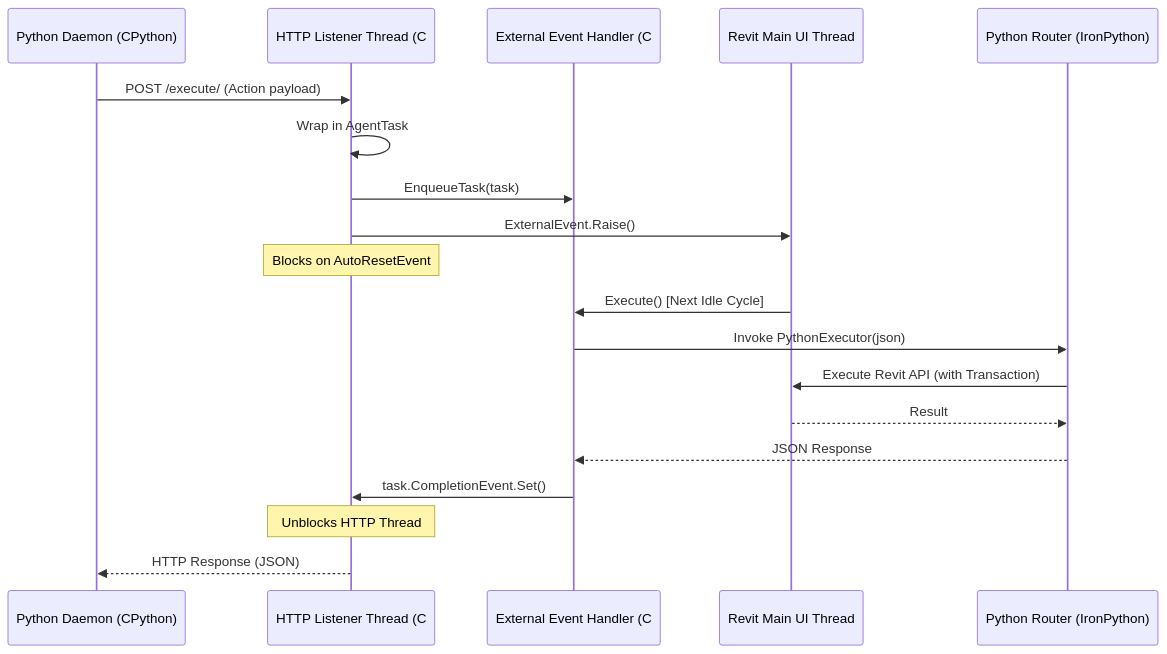
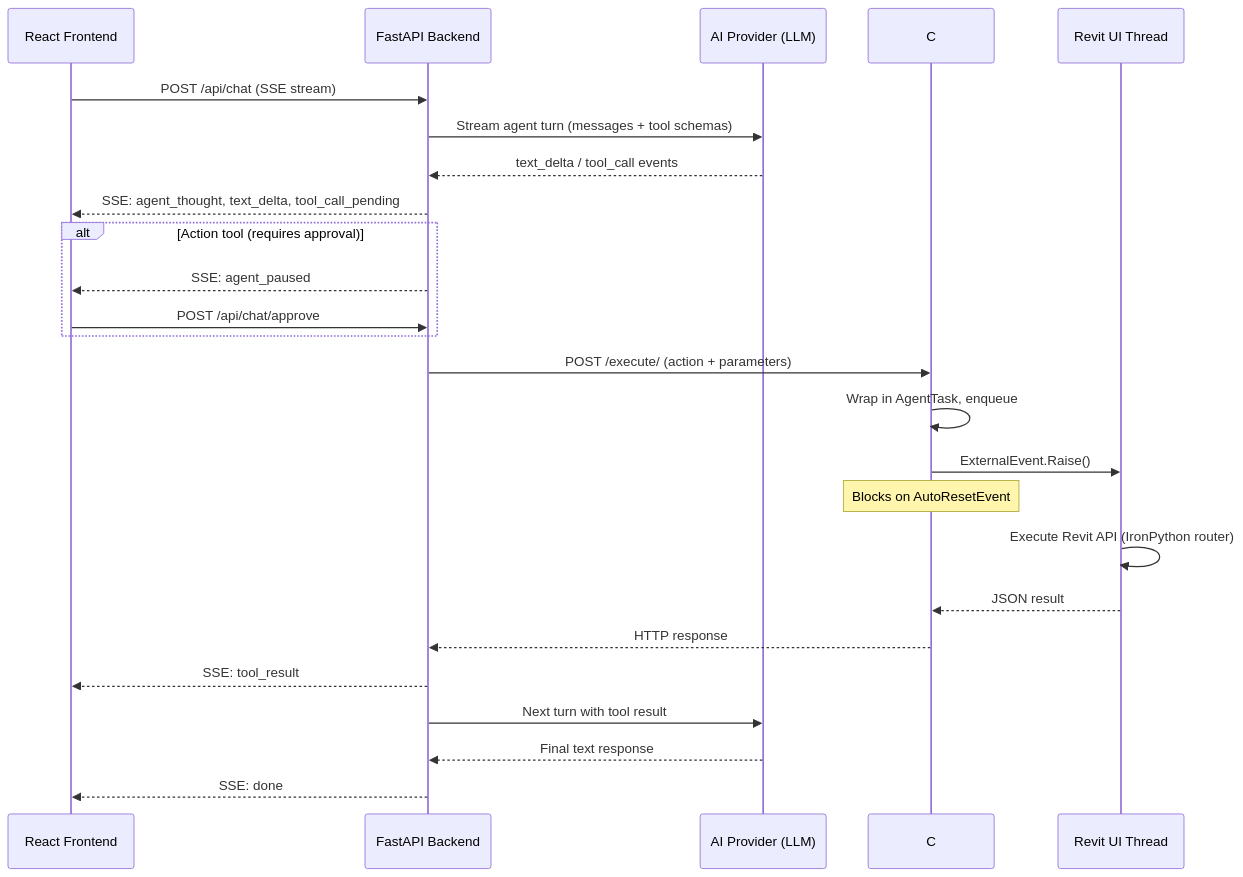
Before and after one commit to yuniskhamis7-max/AI-Revit-Agent: the diagram in README.md, drawn with Mermaid. The commit also changed other lines of this file, not shown here.

First line of the commit message:
docs: rewrite README to reflect current web architecture

````diff
--- a/README.md
+++ b/README.md
@@ -49,22 +73,30 @@
 ```mermaid
 sequenceDiagram
-    participant Daemon as Python Daemon (CPython)
-    participant HS as HTTP Listener Thread (C#)
-    participant EH as External Event Handler (C#)
-    participant UI as Revit Main UI Thread
-    participant PR as Python Router (IronPython)
+    participant FE as React Frontend
+    participant BE as FastAPI Backend
+    participant AI as AI Provider (LLM)
+    participant BR as C# Bridge (HttpListener)
+    participant RV as Revit UI Thread
 
-    Daemon->>HS: POST /execute/ (Action payload)
-    HS->>HS: Wrap in AgentTask
-    HS->>EH: EnqueueTask(task)
-    HS->>UI: ExternalEvent.Raise()
-    Note over HS: Blocks on AutoResetEvent
-    UI->>EH: Execute() [Next Idle Cycle]
-    EH->>PR: Invoke PythonExecutor(json)
-    PR->>UI: Execute Revit API (with Transaction)
-    UI-->>PR: Result
-    PR-->>EH: JSON Response
-    EH->>HS: task.CompletionEvent.Set()
-    Note over HS: Unblocks HTTP Thread
-    HS-->>Daemon: HTTP Response (JSON)
+    FE->>BE: POST /api/chat (SSE stream)
+    BE->>AI: Stream agent turn (messages + tool schemas)
+    AI-->>BE: text_delta / tool_call events
+    BE-->>FE: SSE: agent_thought, text_delta, tool_call_pending
+
+    alt Action tool (requires approval)
+        BE-->>FE: SSE: agent_paused
+        FE->>BE: POST /api/chat/approve
+    end
+
+    BE->>BR: POST /execute/ (action + parameters)
+    BR->>BR: Wrap in AgentTask, enqueue
+    BR->>RV: ExternalEvent.Raise()
+    Note over BR: Blocks on AutoResetEvent
+    RV->>RV: Execute Revit API (IronPython router)
+    RV-->>BR: JSON result
+    BR-->>BE: HTTP response
+    BE-->>FE: SSE: tool_result
+    BE->>AI: Next turn with tool result
+    AI-->>BE: Final text response
+    BE-->>FE: SSE: done
 ```
````
